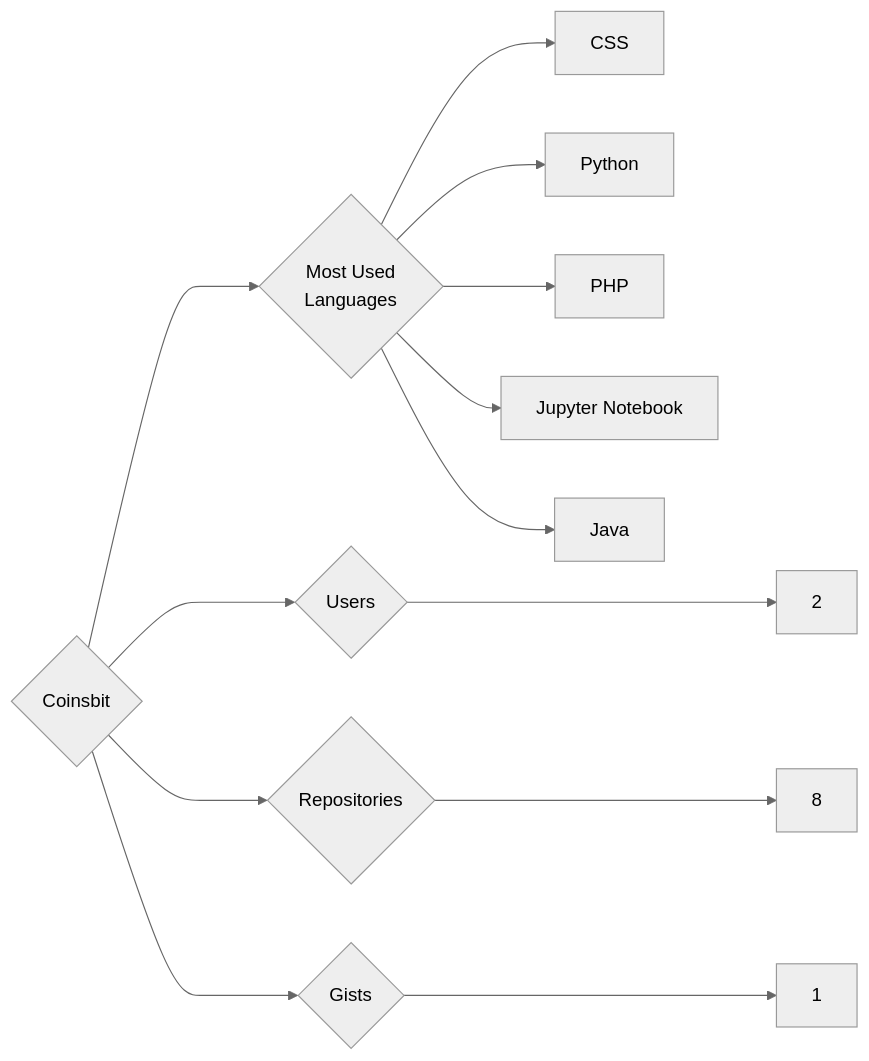
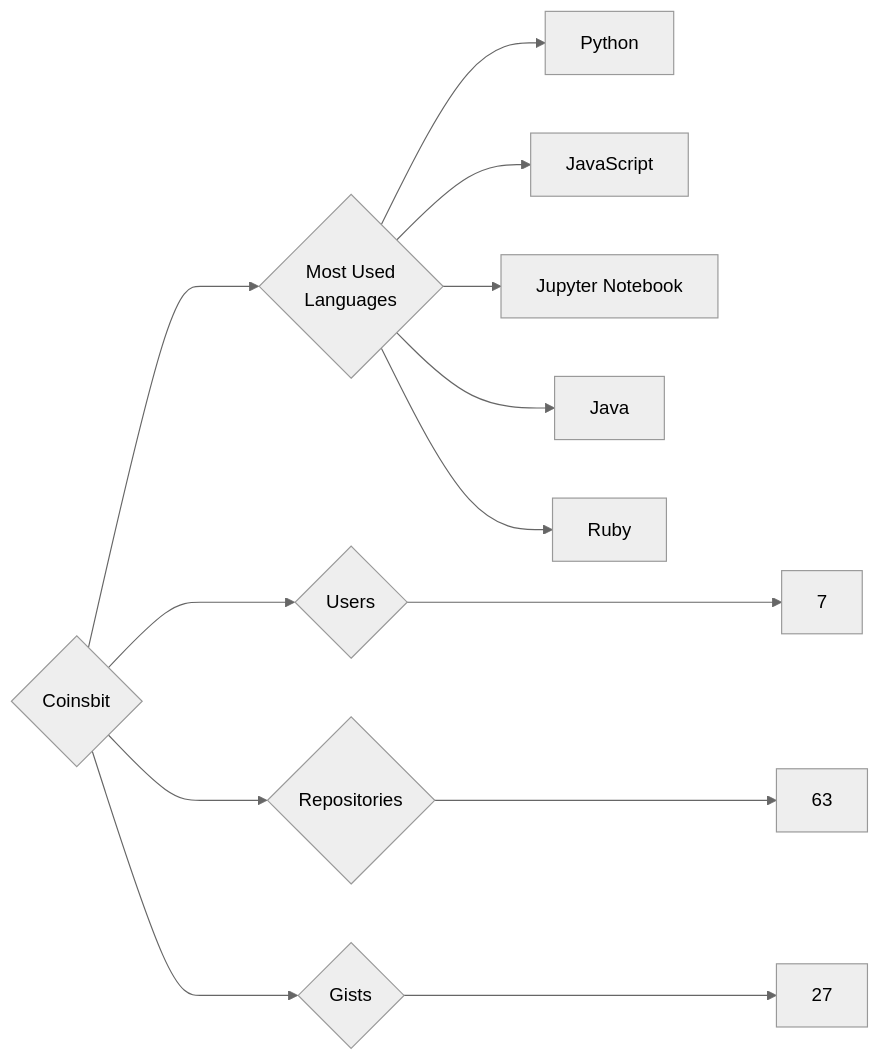
The diagram in targets/Coinsbit/README.md (trickest/insiders), drawn with Mermaid (neutral theme) before and after one commit. The commit also changed 1055 other files, not shown here.

````diff
--- a/targets/Coinsbit/README.md
+++ b/targets/Coinsbit/README.md
@@ -3,13 +3,13 @@
 ```mermaid
 graph LR
 COMPANY_NAME{Coinsbit}
-COMPANY_NAME ---> U{Users} ---> UN[2]
-COMPANY_NAME ---> R{Repositories} ---> RN[8]
-COMPANY_NAME ---> G{Gists} ---> GN[1]
+COMPANY_NAME ---> U{Users} ---> UN[7]
+COMPANY_NAME ---> R{Repositories} ---> RN[63]
+COMPANY_NAME ---> G{Gists} ---> GN[27]
 COMPANY_NAME ---> ML{Most Used<br>Languages}
-ML --> CSS[CSS]
 ML --> Python[Python]
-ML --> PHP[PHP]
+ML --> JavaScript[JavaScript]
 ML --> Jupyter_Notebook[Jupyter Notebook]
 ML --> Java[Java]
+ML --> Ruby[Ruby]
 ```
````
